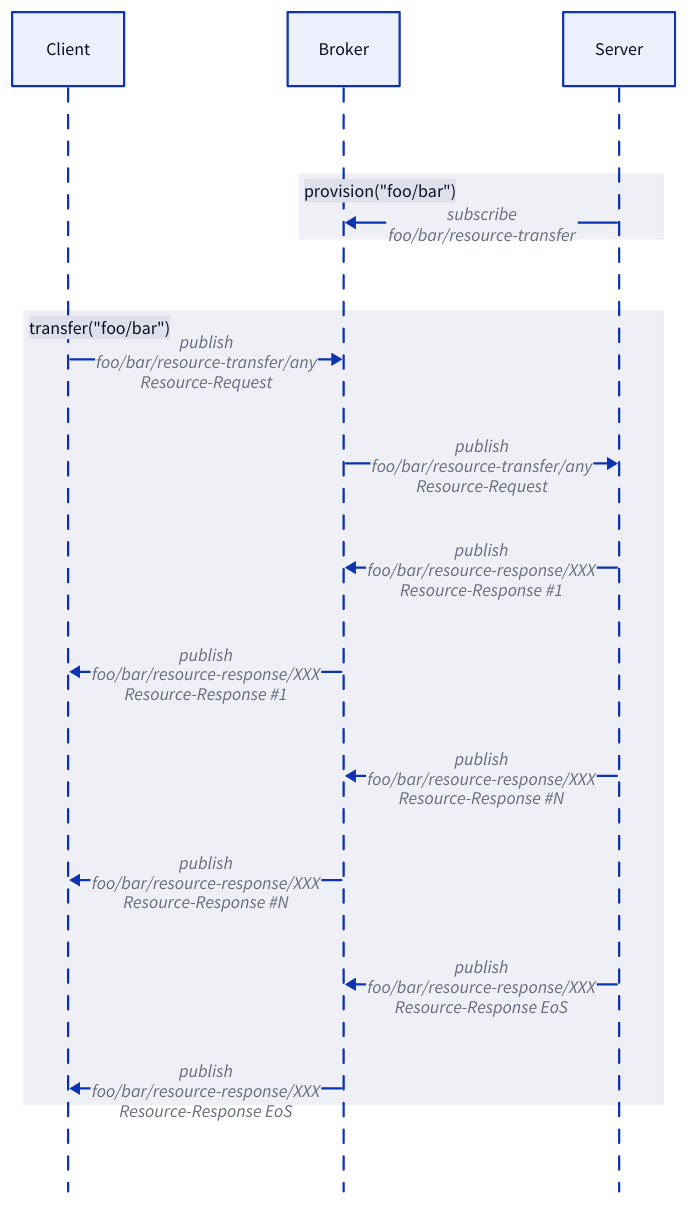
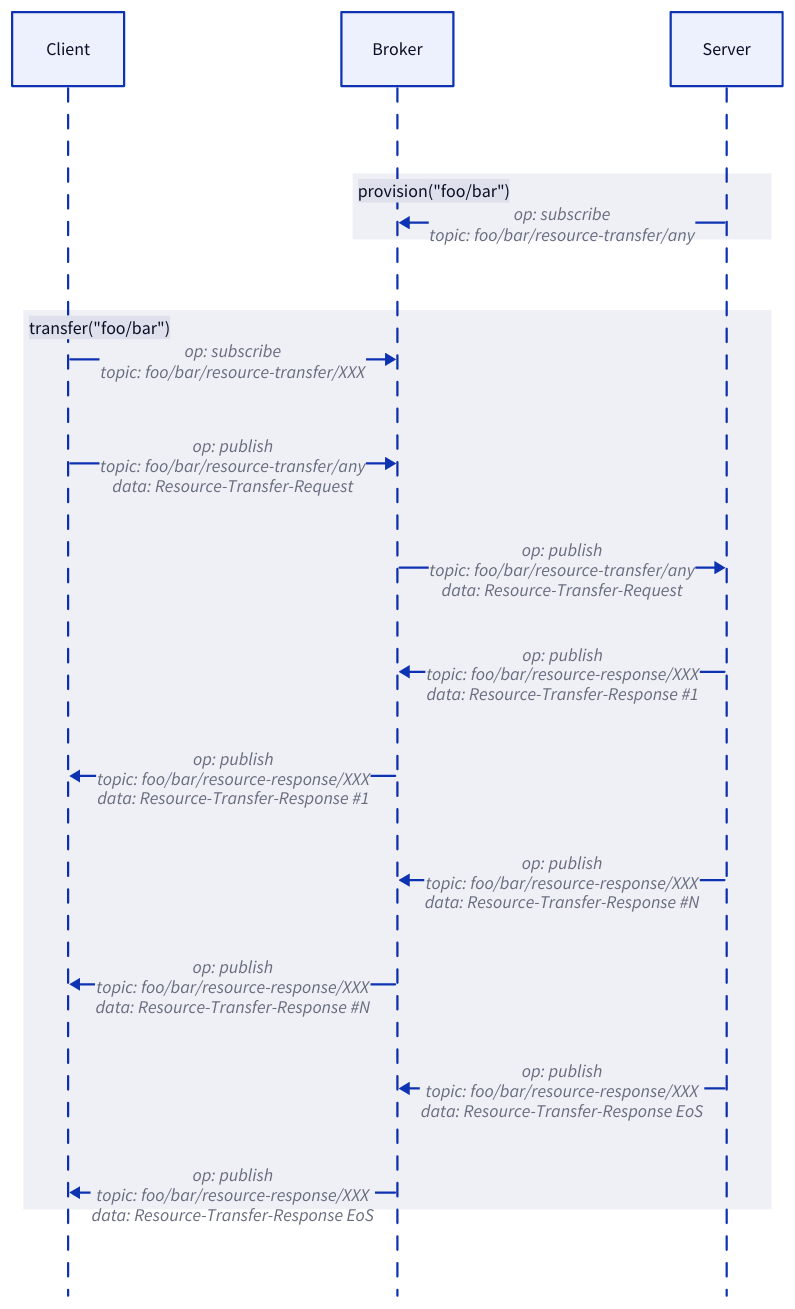
Before and after one commit to rse/mqtt-plus: the diagram in doc/mqtt-plus-4-resource-transfer.d2, drawn with D2. The commit also changed 5 other files, not shown here.

Commit message:
update diagrams

```diff
--- a/doc/mqtt-plus-4-resource-transfer.d2
+++ b/doc/mqtt-plus-4-resource-transfer.d2
@@ -1,23 +1,24 @@
 
 shape: sequence_diagram
 
 client: "Client"
 broker: "Broker"
 server: "Server"
 
 broker.class: brown
 
 provision("foo/bar") {
-    server -> broker: "subscribe\nfoo/bar/resource-transfer"
+    server -> broker: "op: subscribe\ntopic: foo/bar/resource-transfer/any"
 }
 
 transfer("foo/bar") {
-    client -> broker: "publish\nfoo/bar/resource-transfer/any\nResource-Request"
-    broker -> server: "publish\nfoo/bar/resource-transfer/any\nResource-Request"
-    broker <- server: "publish\nfoo/bar/resource-response/XXX\nResource-Response #1"
-    client <- broker: "publish\nfoo/bar/resource-response/XXX\nResource-Response #1"
-    broker <- server: "publish\nfoo/bar/resource-response/XXX\nResource-Response #N"
-    client <- broker: "publish\nfoo/bar/resource-response/XXX\nResource-Response #N"
-    broker <- server: "publish\nfoo/bar/resource-response/XXX\nResource-Response EoS"
-    client <- broker: "publish\nfoo/bar/resource-response/XXX\nResource-Response EoS"
+    client -> broker: "op: subscribe\ntopic: foo/bar/resource-transfer/XXX"
+    client -> broker: "op: publish\ntopic: foo/bar/resource-transfer/any\ndata: Resource-Transfer-Request"
+    broker -> server: "op: publish\ntopic: foo/bar/resource-transfer/any\ndata: Resource-Transfer-Request"
+    broker <- server: "op: publish\ntopic: foo/bar/resource-response/XXX\ndata: Resource-Transfer-Response #1"
+    client <- broker: "op: publish\ntopic: foo/bar/resource-response/XXX\ndata: Resource-Transfer-Response #1"
+    broker <- server: "op: publish\ntopic: foo/bar/resource-response/XXX\ndata: Resource-Transfer-Response #N"
+    client <- broker: "op: publish\ntopic: foo/bar/resource-response/XXX\ndata: Resource-Transfer-Response #N"
+    broker <- server: "op: publish\ntopic: foo/bar/resource-response/XXX\ndata: Resource-Transfer-Response EoS"
+    client <- broker: "op: publish\ntopic: foo/bar/resource-response/XXX\ndata: Resource-Transfer-Response EoS"
 }
```
